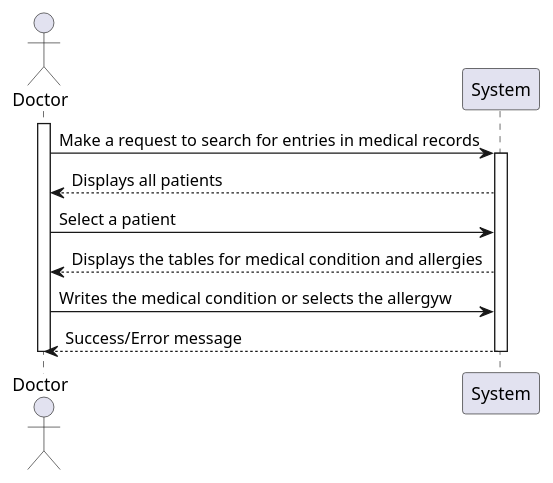
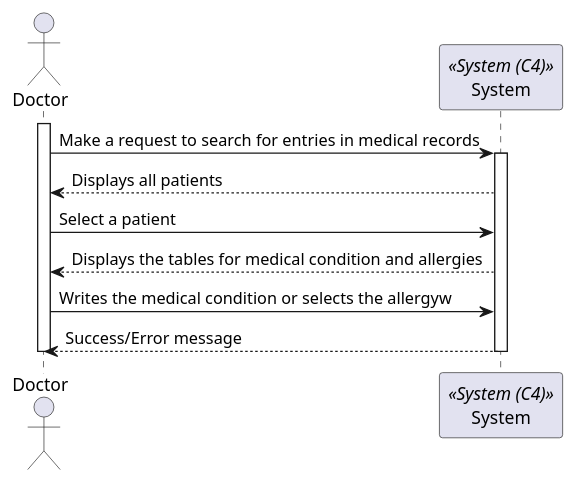
One commit to Rodrick0209/ISEP-SEM5PI-24-25 changed the diagram in docs/Sprint_3/Backoffice/US_7.2.7/L1/Process_View.puml. Above: the diagram before and after it, drawn with PlantUML. The commit also changed 12 other files, not shown here.

```diff
--- a/docs/Sprint_3/Backoffice/US_7.2.7/L1/Process_View.puml
+++ b/docs/Sprint_3/Backoffice/US_7.2.7/L1/Process_View.puml
@@ -3,17 +3,17 @@
 @startuml Process_View
 actor Doctor
-participant Doctor <<Doctor (C4)>>
+participant System <<System (C4)>>
 
 activate Doctor
 
 Doctor -> System: Make a request to search for entries in medical records
 activate System
 System --> Doctor: Displays all patients
 Doctor -> System: Select a patient
 System --> Doctor : Displays the tables for medical condition and allergies
 Doctor -> System: Writes the medical condition or selects the allergyw
 System --> Doctor: Success/Error message
 deactivate System
 deactivate Doctor
 
 @enduml
```
